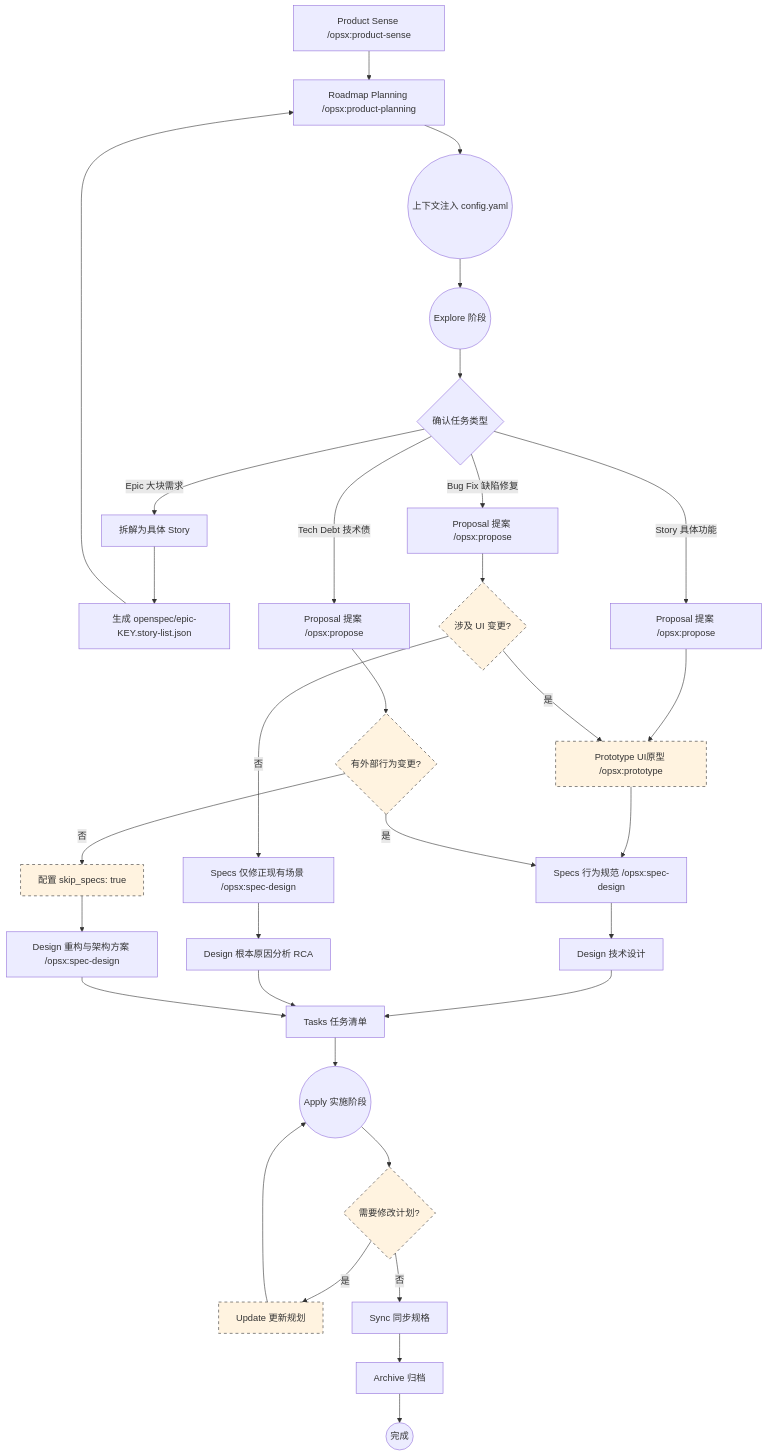
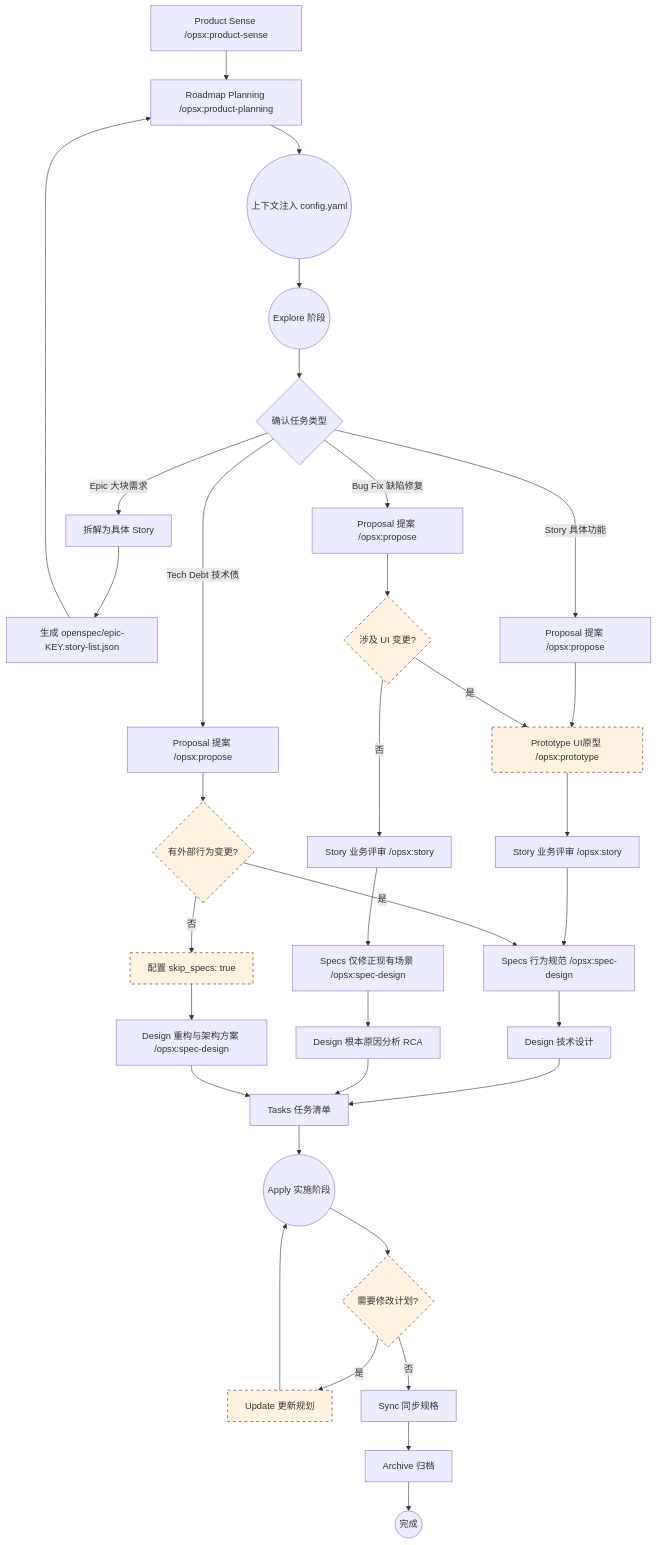
The diagram in docs/sops/sdd-workflow.md (jkang/openspec-example), drawn with Mermaid before and after one commit. The commit also changed other lines of this file and 17 other files, not shown here.

````diff
--- a/docs/sops/sdd-workflow.md
+++ b/docs/sops/sdd-workflow.md
@@ -23,52 +23,54 @@
 ```mermaid
 graph TD
     %% 规划层 (Planning Layer)
     Sense[Product Sense /opsx:product-sense] --> Plan[Roadmap Planning /opsx:product-planning]
     Plan --> Context((上下文注入 config.yaml))
 
     %% 交付层 (Delivery Layer)
     Context --> Start((Explore 阶段))
     Start --> Type{确认任务类型}
 
     %% Epic 分支
     Type -->|Epic 大块需求| Epic_Split[拆解为具体 Story]
     Epic_Split --> Epic_Backlog[生成 openspec/epic-KEY.story-list.json]
     Epic_Backlog --> Plan
     
     %% Story 分支
     Type -->|Story 具体功能| F_Prop[Proposal 提案 /opsx:propose]
     F_Prop --> F_Proto[Prototype UI原型 /opsx:prototype]
-    F_Proto --> F_Spec[Specs 行为规范 /opsx:spec-design]
+    F_Proto --> F_Story[Story 业务评审 /opsx:story]
+    F_Story --> F_Spec[Specs 行为规范 /opsx:spec-design]
     F_Spec --> F_Des[Design 技术设计]
     F_Des --> Tasks[Tasks 任务清单]
 
     %% Bug Fix 分支
     Type -->|Bug Fix 缺陷修复| B_Prop[Proposal 提案 /opsx:propose]
     B_Prop --> B_UI{涉及 UI 变更?}
     B_UI -->|是| F_Proto
-    B_UI -->|否| B_Spec[Specs 仅修正现有场景 /opsx:spec-design]
+    B_UI -->|否| B_Story[Story 业务评审 /opsx:story]
+    B_Story --> B_Spec[Specs 仅修正现有场景 /opsx:spec-design]
     B_Spec --> B_Des[Design 根本原因分析 RCA]
     B_Des --> Tasks
 
     %% Tech Debt 分支
     Type -->|Tech Debt 技术债| T_Prop[Proposal 提案 /opsx:propose]
     T_Prop --> T_Spec{有外部行为变更?}
     T_Spec -->|是| F_Spec
     T_Spec -->|否| T_Skip[配置 skip_specs: true]
     T_Skip --> T_Des[Design 重构与架构方案 /opsx:spec-design]
     T_Des --> Tasks
 
     Tasks --> Apply((Apply 实施阶段))
     
     Apply --> Update_Opt{需要修改计划?}
     Update_Opt -->|是| Update[Update 更新规划]
     Update --> Apply
     Update_Opt -->|否| Sync[Sync 同步规格]
     
     Sync --> Archive[Archive 归档]
     Archive --> Done((完成))
     
     classDef mandatory fill:#e1f5fe,stroke:#333,stroke-width:2px;
     classDef optional fill:#fff3e0,stroke:#333,stroke-width:1px,stroke-dasharray: 5 5;
     class F_Proto,B_UI,T_Spec,T_Skip,Update_Opt,Update optional;
 ```
````
